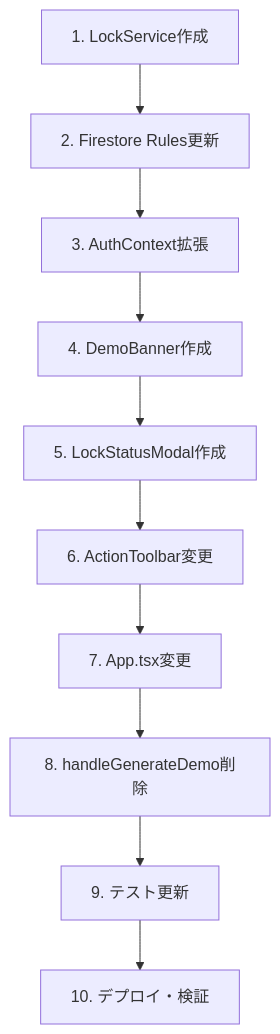
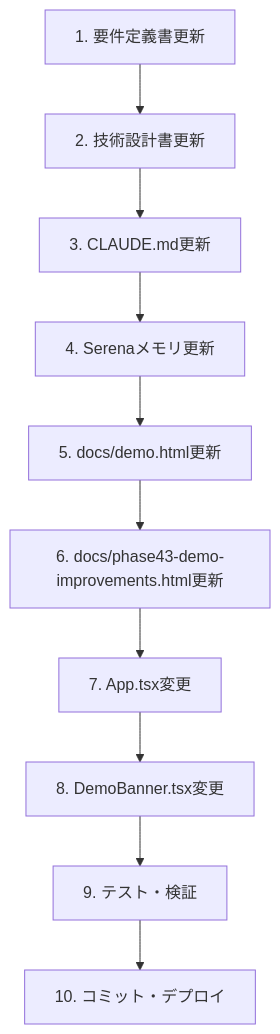
Before and after one commit to yasushi-honda/ai-care-shift-scheduler: the diagram in .kiro/specs/demo-environment-improvements/design.md, drawn with Mermaid. The commit also changed other lines of this file and 8 other files, not shown here.

First line of the commit message:
feat(demo): Phase 43.2 - デモ環境でも保存を許可

````diff
--- a/.kiro/specs/demo-environment-improvements/design.md
+++ b/.kiro/specs/demo-environment-improvements/design.md
@@ -657,12 +217,12 @@
 ```mermaid
 graph TD
-    A[1. LockService作成] --> B[2. Firestore Rules更新]
-    B --> C[3. AuthContext拡張]
-    C --> D[4. DemoBanner作成]
-    D --> E[5. LockStatusModal作成]
-    E --> F[6. ActionToolbar変更]
+    A[1. 要件定義書更新] --> B[2. 技術設計書更新]
+    B --> C[3. CLAUDE.md更新]
+    C --> D[4. Serenaメモリ更新]
+    D --> E[5. docs/demo.html更新]
+    E --> F[6. docs/phase43-demo-improvements.html更新]
     F --> G[7. App.tsx変更]
-    G --> H[8. handleGenerateDemo削除]
-    H --> I[9. テスト更新]
-    I --> J[10. デプロイ・検証]
+    G --> H[8. DemoBanner.tsx変更]
+    H --> I[9. テスト・検証]
+    I --> J[10. コミット・デプロイ]
 ```
````
